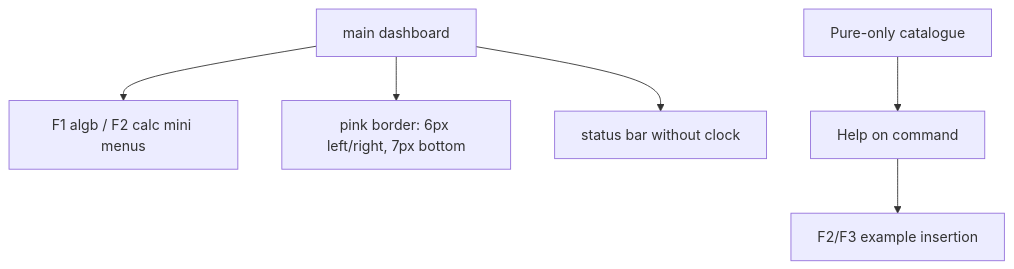
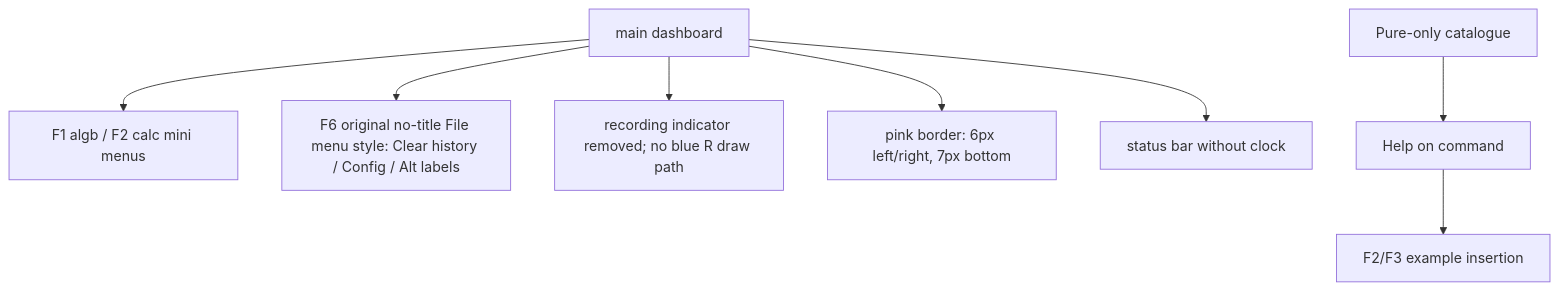
The fourth of 6 diagrams in docs/GRAPH.md (james8464/notes-addin-casio-fx-cg50), drawn with Mermaid before and after one commit. The commit also changed other lines of this file and 23 other files, not shown here.

````diff
--- a/docs/GRAPH.md
+++ b/docs/GRAPH.md
@@ -47,8 +53,10 @@
 ```mermaid
 graph TD
   Console["main dashboard"] --> FMenu["F1 algb / F2 calc mini menus"]
+  Console --> F6["F6 original no-title File menu style: Clear history / Config / Alt labels"]
+  Console --> Rec["recording indicator removed; no blue R draw path"]
   Console --> Border["pink border: 6px left/right, 7px bottom"]
   Console --> Status["status bar without clock"]
   Catalog["Pure-only catalogue"] --> Help["Help on command"]
   Help --> Examples["F2/F3 example insertion"]
 ```
````
